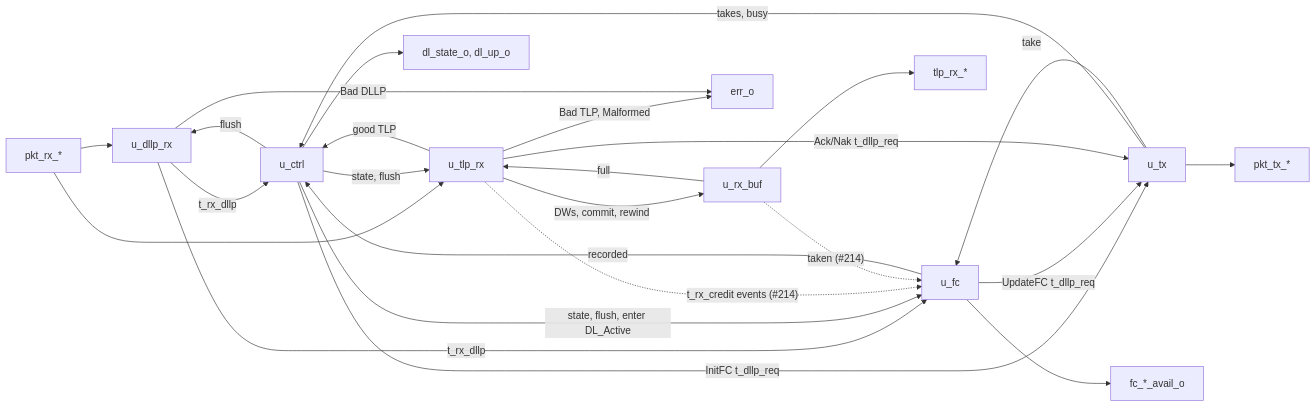
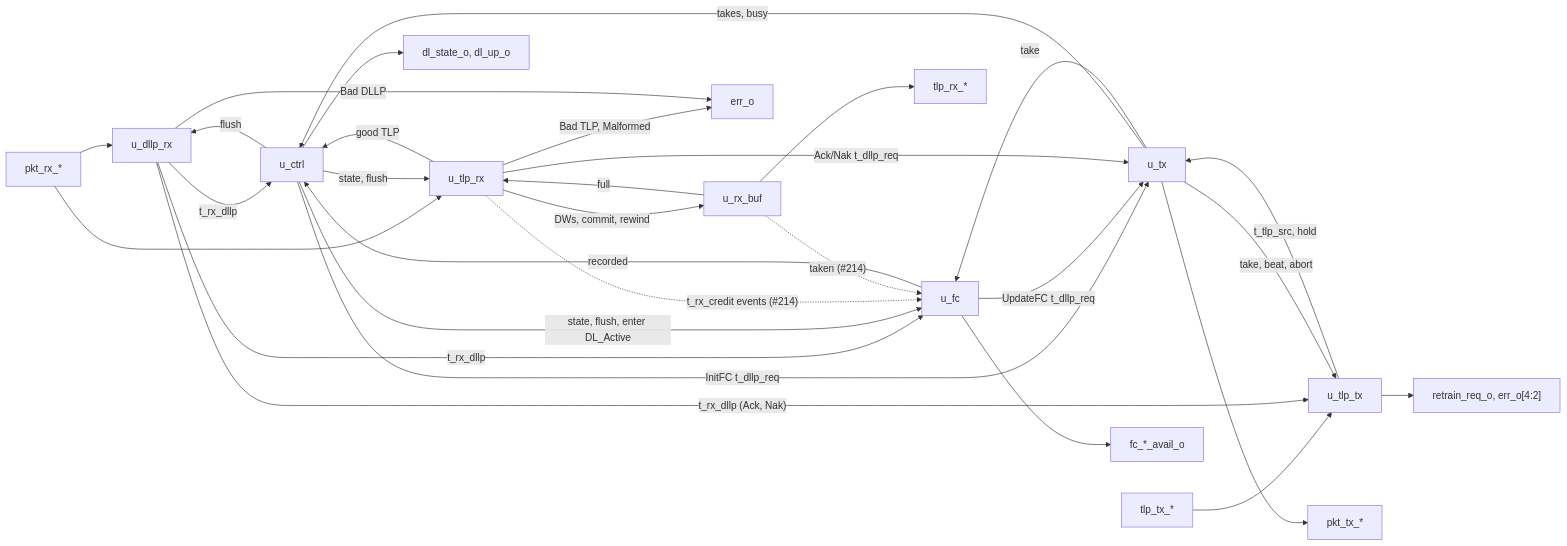
Before and after one commit to amichai-bd/pcie-factory: the diagram in wiki/src/rtl/dll/MAS.md, drawn with Mermaid. The commit also changed other lines of this file and 19 other files, not shown here.

First line of the commit message:
rtl: dll TX path: sequence numbers, LCRC, replay buffer and replay timer (#269)

````diff
--- a/wiki/src/rtl/dll/MAS.md
+++ b/wiki/src/rtl/dll/MAS.md
@@ -19,27 +21,32 @@
 ```mermaid
 flowchart LR
   prx["pkt_rx_*"] --> rx["u_dllp_rx"]
   rx -- "t_rx_dllp" --> ctl["u_ctrl"]
   rx -- "t_rx_dllp" --> fc["u_fc"]
   fc -- "recorded" --> ctl
   ctl -- "state, flush, enter DL_Active" --> fc
   ctl -- "flush" --> rx
   ctl -- "InitFC t_dllp_req" --> tx["u_tx"]
   fc -- "UpdateFC t_dllp_req" --> tx
   prx --> trx["u_tlp_rx"]
   trx -- "DWs, commit, rewind" --> rb["u_rx_buf"]
   rb -- "full" --> trx
   trx -- "Ack/Nak t_dllp_req" --> tx
   trx -- "good TLP" --> ctl
   ctl -- "state, flush" --> trx
   trx -. "t_rx_credit events (#214)" .-> fc
   rb -. "taken (#214)" .-> fc
   rb --> urx["tlp_rx_*"]
   trx -- "Bad TLP, Malformed" --> err
+  utx["tlp_tx_*"] --> tt["u_tlp_tx"]
+  rx -- "t_rx_dllp (Ack, Nak)" --> tt
+  tt -- "t_tlp_src, hold" --> tx
+  tx -- "take, beat, abort" --> tt
+  tt --> rr["retrain_req_o, err_o[4:2]"]
   tx -- "takes, busy" --> ctl
   tx -- "take" --> fc
   tx --> ptx["pkt_tx_*"]
   fc --> av["fc_*_avail_o"]
   ctl --> st["dl_state_o, dl_up_o"]
   rx -- "Bad DLLP" --> err["err_o"]
 ```
````
